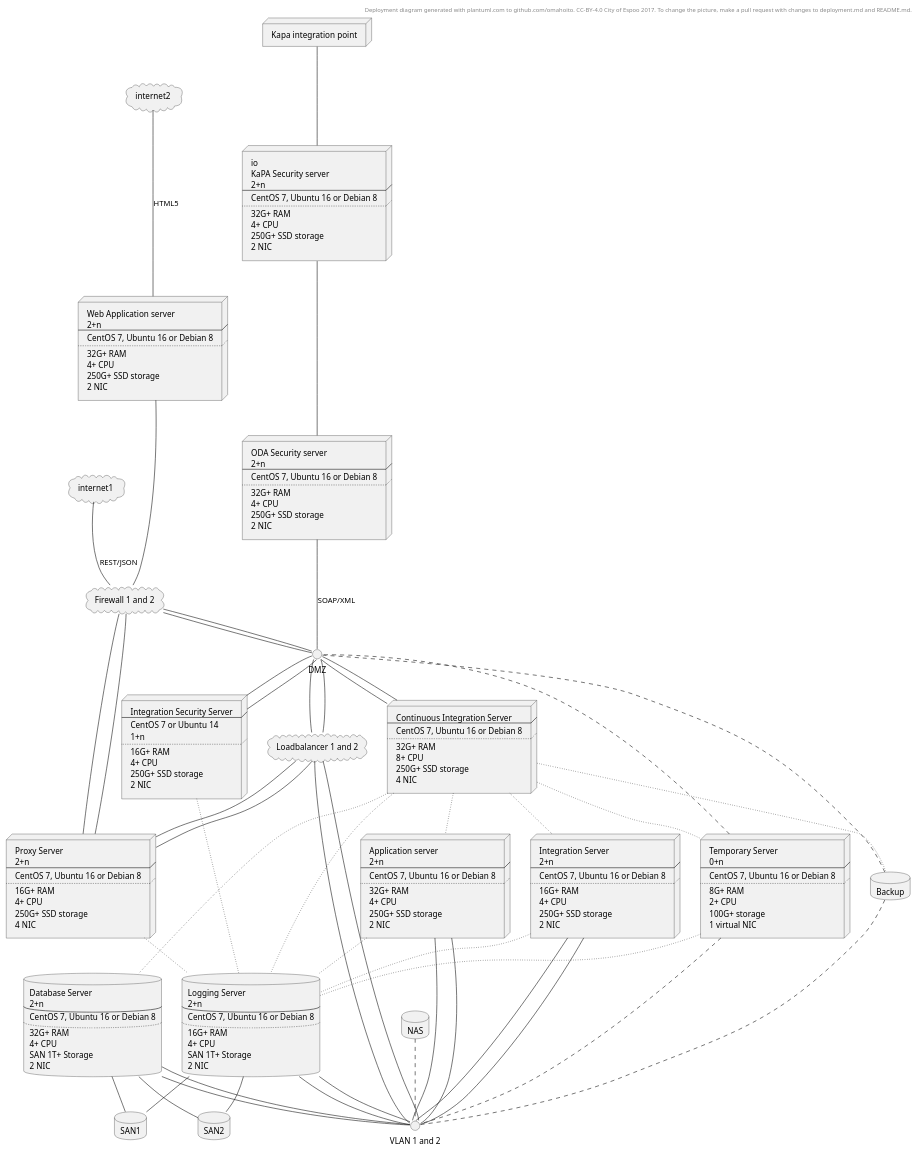
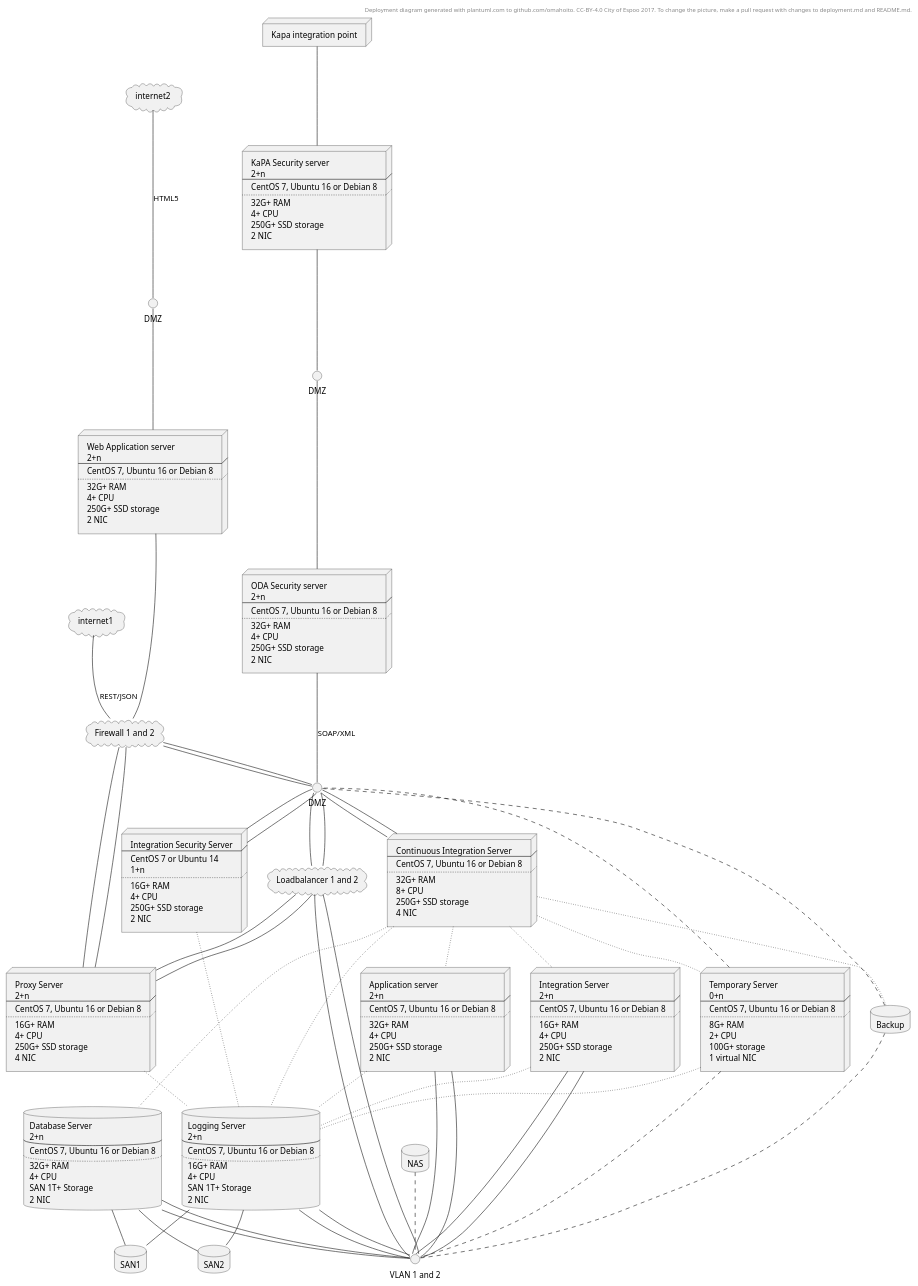
One commit to omahoito/oda-kapa changed the diagram in deployment.plantuml. Above: the diagram before and after it, drawn with PlantUML.

```diff
--- a/deployment.plantuml
+++ b/deployment.plantuml
@@ -30,7 +30,7 @@
 2 NIC
 ]
 
-node security2 [io
+node security2 [
 KaPA Security server
 2+n
 ----
@@ -58,12 +58,22 @@
 2 NIC
 ]
 
+interface DMZ2[
+  DMZ
+]
+
+interface DMZ3[
+  DMZ
+]
+
 
 DMZ -up-- security1 : SOAP/XML
-security1 -up-- security2
+security1 -up-- DMZ2
+DMZ2 -up--security2
 security2 -up-- odakapaint
 firewall -up--front
-front -up--internet2 : HTML5
+front -up--DMZ3
+DMZ3 -up--internet2 : HTML5
 
 
 
```
